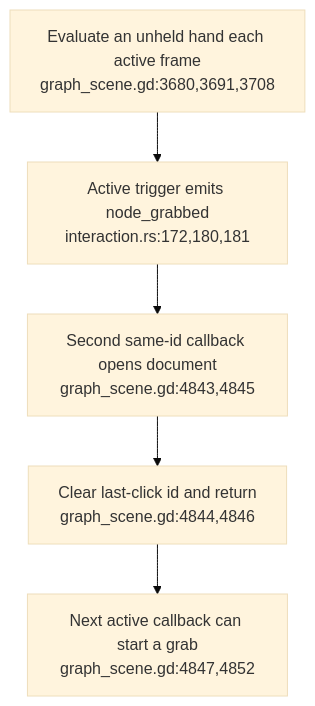
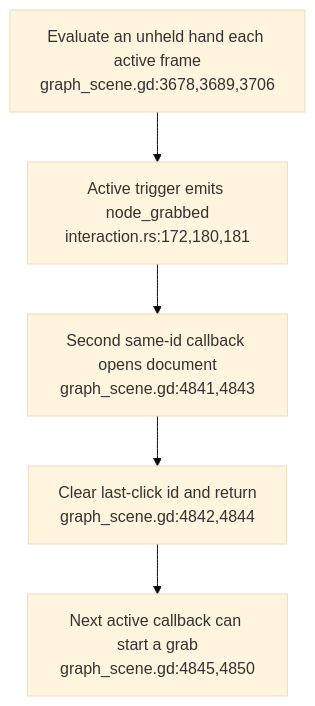
One commit to DreamLab-AI/VisionFlow changed the third of 6 diagrams in docs/diagrams/visionclaw/53-xr-grab-lifetimes-and-input.md. Above: the diagram before and after it, drawn with Mermaid (base theme). The commit also changed other lines of this file and 6 other files, not shown here.

First line of the commit message:
diagrams(visionclaw): re-verify VC-51..57 at visionclaw 4900ec60

````diff
--- a/docs/diagrams/visionclaw/53-xr-grab-lifetimes-and-input.md
+++ b/docs/diagrams/visionclaw/53-xr-grab-lifetimes-and-input.md
@@ -57,7 +57,7 @@
 ```mermaid
 flowchart TD
-    FRAME["Evaluate an unheld hand each active frame<br/>graph_scene.gd:3680,3691,3708"] --> EMIT["Active trigger emits node_grabbed<br/>interaction.rs:172,180,181"]
-    EMIT --> DOUBLE["Second same-id callback opens document<br/>graph_scene.gd:4843,4845"]
-    DOUBLE --> RESET["Clear last-click id and return<br/>graph_scene.gd:4844,4846"]
-    RESET --> NEXT["Next active callback can start a grab<br/>graph_scene.gd:4847,4852"]
+    FRAME["Evaluate an unheld hand each active frame<br/>graph_scene.gd:3678,3689,3706"] --> EMIT["Active trigger emits node_grabbed<br/>interaction.rs:172,180,181"]
+    EMIT --> DOUBLE["Second same-id callback opens document<br/>graph_scene.gd:4841,4843"]
+    DOUBLE --> RESET["Clear last-click id and return<br/>graph_scene.gd:4842,4844"]
+    RESET --> NEXT["Next active callback can start a grab<br/>graph_scene.gd:4845,4850"]
 ```
````
